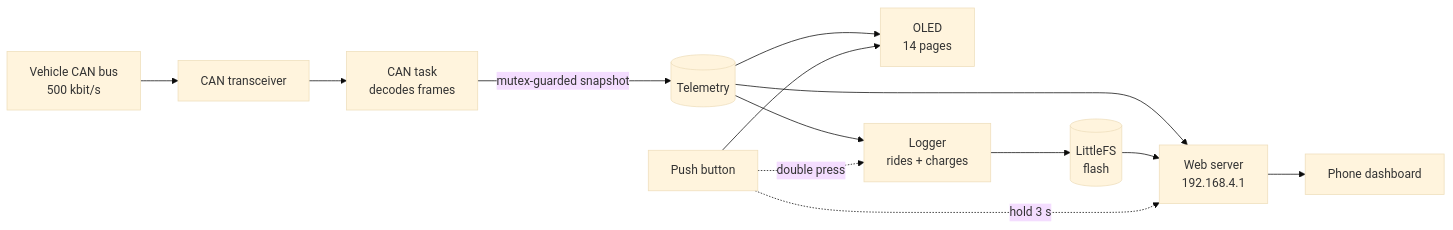
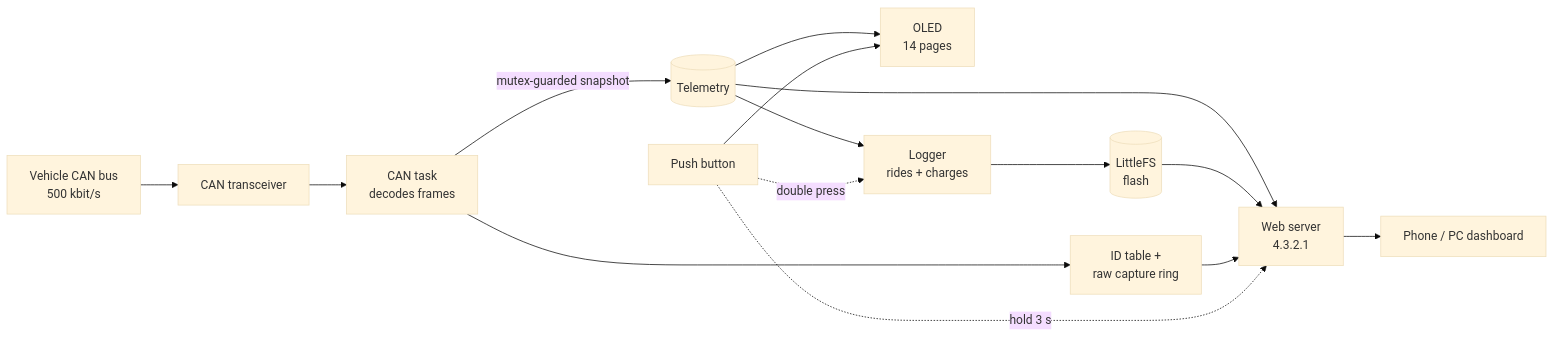
One commit to CoderHaste/ather-obd-monitor changed the diagram in README.md. Above: the diagram before and after it, drawn with Mermaid (base theme). The commit also changed other lines of this file, not shown here.

````diff
--- a/README.md
+++ b/README.md
@@ -244,15 +324,17 @@
 ```mermaid
 flowchart LR
     V[Vehicle CAN bus<br/>500 kbit/s] --> T[CAN transceiver]
     T --> C[CAN task<br/>decodes frames]
     C -->|mutex-guarded snapshot| S[(Telemetry)]
+    C --> X[ID table +<br/>raw capture ring]
     S --> O[OLED<br/>14 pages]
     S --> L[Logger<br/>rides + charges]
     L --> F[(LittleFS<br/>flash)]
-    S --> W[Web server<br/>192.168.4.1]
+    S --> W[Web server<br/>4.3.2.1]
     F --> W
+    X --> W
     B[Push button] --> O
     B -. double press .-> L
     B -. hold 3 s .-> W
-    W --> P[Phone dashboard]
+    W --> P[Phone / PC dashboard]
 ```
````
